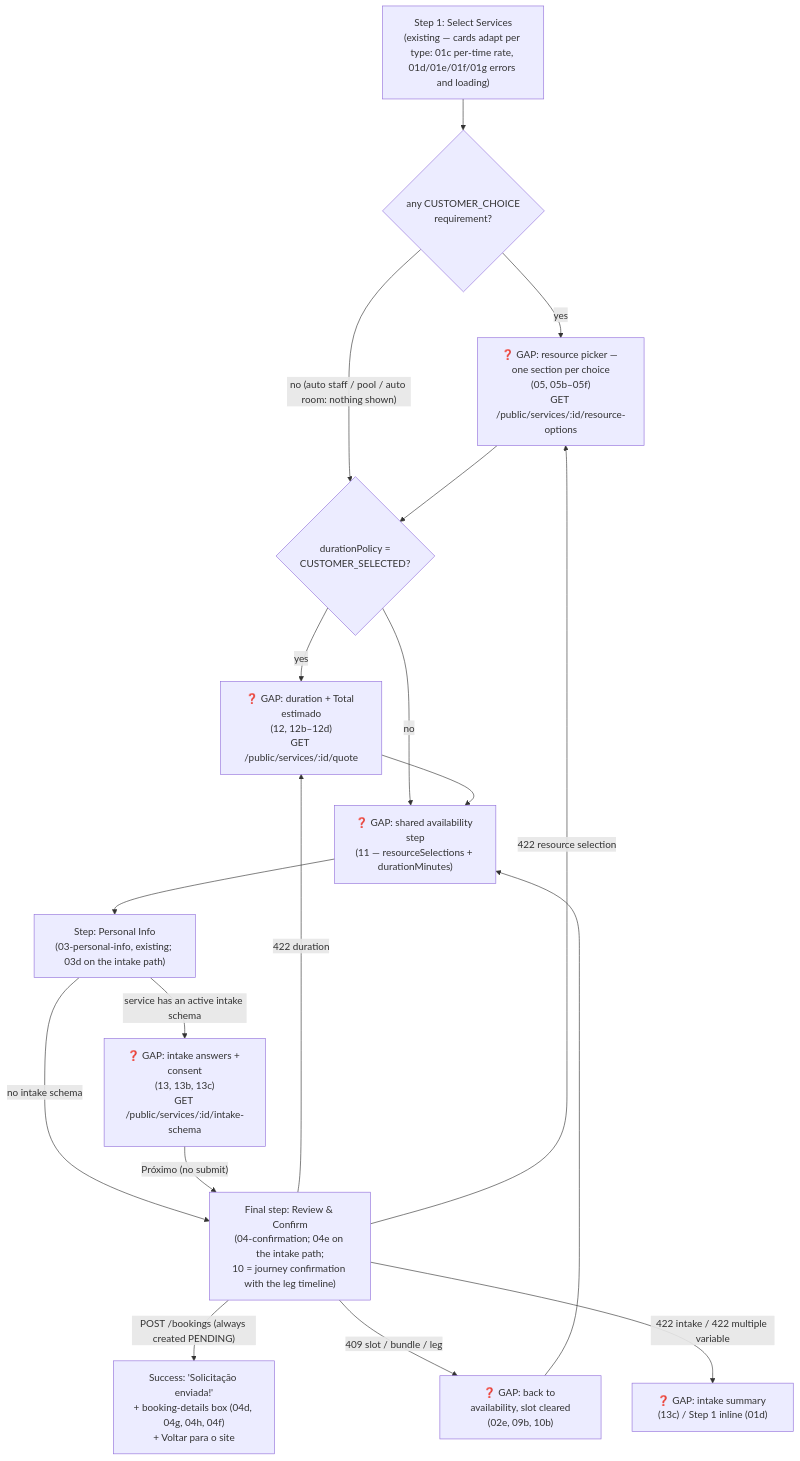
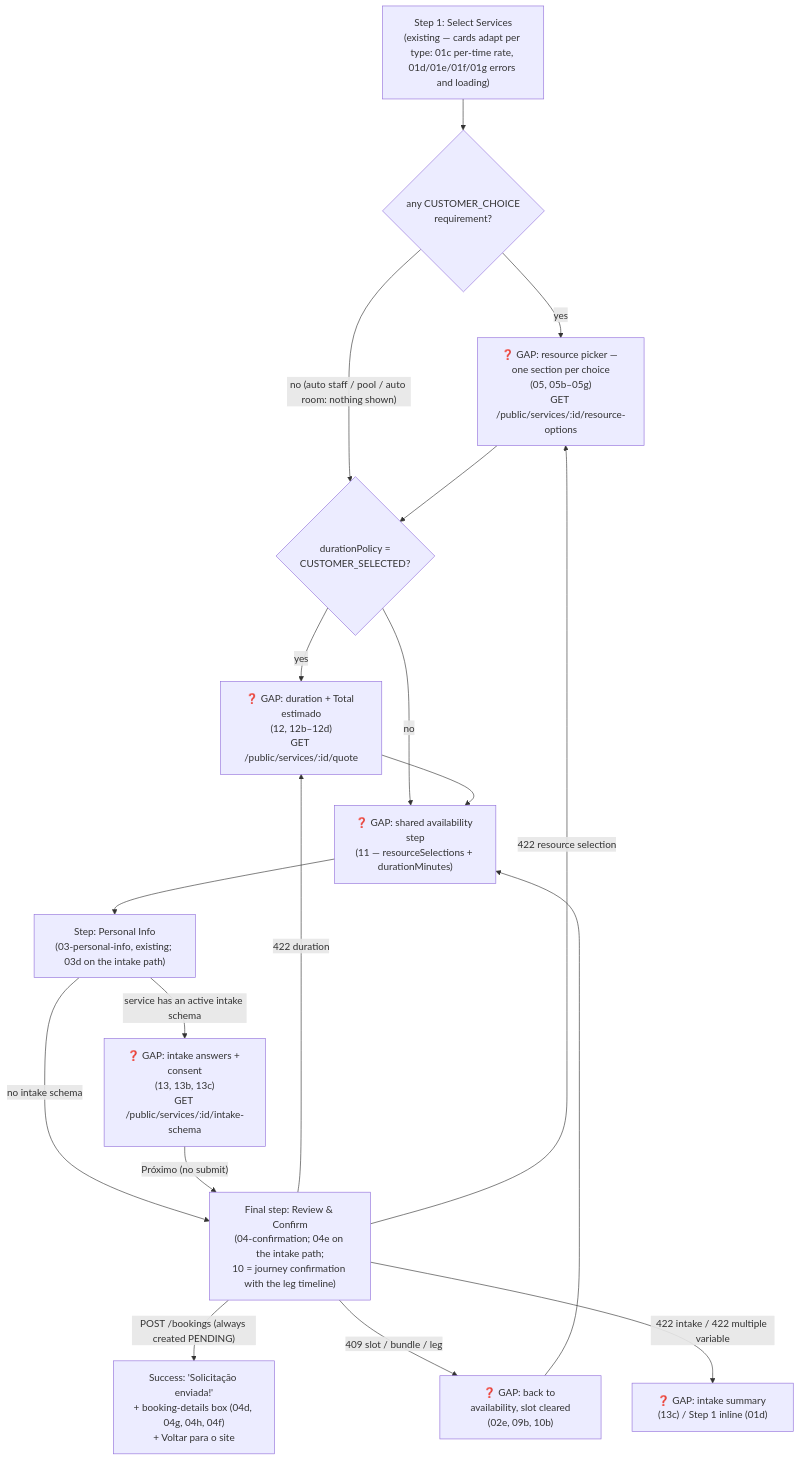
One commit to lmmoreira/ikaro changed the second of 2 diagrams in plan/journey/guest/book-a-service.md. Above: the diagram before and after it, drawn with Mermaid. The commit also changed other lines of this file and 7 other files, not shown here.

````diff
--- a/plan/journey/guest/book-a-service.md
+++ b/plan/journey/guest/book-a-service.md
@@ -59,23 +59,23 @@
 ```mermaid
 flowchart TD
     classDef gap stroke:#f00,stroke-dasharray: 5 5,fill:#fee
 
     S1b["Step 1: Select Services<br/>(existing — cards adapt per type: 01c per-time rate, 01d/01e/01f/01g errors and loading)"] --> HasChoice{"any CUSTOMER_CHOICE<br/>requirement?"}
-    HasChoice -- "yes" --> Picker["❓ GAP: resource picker — one section per choice<br/>(05, 05b–05f)<br/>GET /public/services/:id/resource-options"]
+    HasChoice -- "yes" --> Picker["❓ GAP: resource picker — one section per choice<br/>(05, 05b–05g)<br/>GET /public/services/:id/resource-options"]
     HasChoice -- "no (auto staff / pool / auto room: nothing shown)" --> HasDuration
     Picker --> HasDuration{"durationPolicy =<br/>CUSTOMER_SELECTED?"}
     HasDuration -- "yes" --> Duration["❓ GAP: duration + Total estimado<br/>(12, 12b–12d)<br/>GET /public/services/:id/quote"]
     HasDuration -- "no" --> Availability
     Duration --> Availability["❓ GAP: shared availability step<br/>(11 — resourceSelections + durationMinutes)"]
 
     Availability --> S3m["Step: Personal Info<br/>(03-personal-info, existing; 03d on the intake path)"]
     S3m -->|"service has an active intake schema"| Intake["❓ GAP: intake answers + consent<br/>(13, 13b, 13c)<br/>GET /public/services/:id/intake-schema"]
     S3m -->|"no intake schema"| Confirm
     Intake -->|"Próximo (no submit)"| Confirm["Final step: Review & Confirm<br/>(04-confirmation; 04e on the intake path;<br/>10 = journey confirmation with the leg timeline)"]
     Confirm -->|"POST /bookings (always created PENDING)"| Done["Success: 'Solicitação enviada!'<br/>+ booking-details box (04d, 04g, 04h, 04f)<br/>+ Voltar para o site"]
     Confirm -->|"409 slot / bundle / leg"| BackAvail["❓ GAP: back to availability, slot cleared<br/>(02e, 09b, 10b)"]
     Confirm -->|"422 duration"| Duration
     Confirm -->|"422 resource selection"| Picker
     Confirm -->|"422 intake / 422 multiple variable"| Errors["❓ GAP: intake summary (13c) / Step 1 inline (01d)"]
     BackAvail --> Availability
 ```
````
